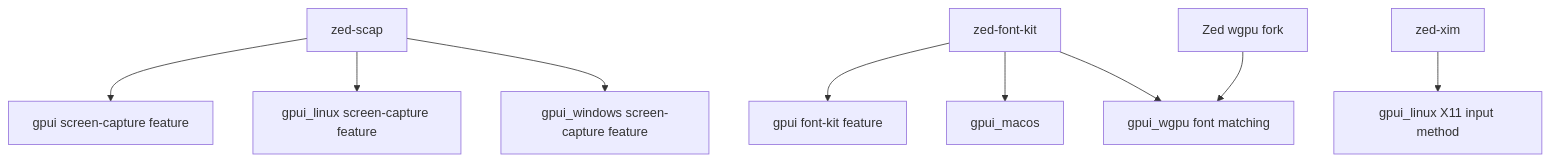
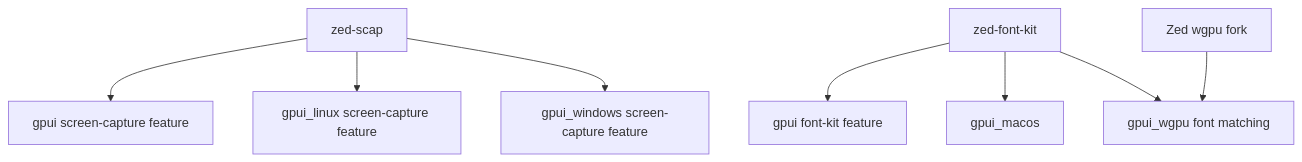
Before and after one commit to Latias94/open-gpui: the diagram in docs/imports/zed-fork-dependency-audit.md, drawn with Mermaid. The commit also changed other lines of this file and 5 other files, not shown here.

Commit message:
build(xim): replace zed fork with crates.io xim

````diff
--- a/docs/imports/zed-fork-dependency-audit.md
+++ b/docs/imports/zed-fork-dependency-audit.md
@@ -19,11 +19,10 @@
 ```mermaid
 flowchart TD
     Scap[zed-scap] --> Gpui[gpui screen-capture feature]
     Scap --> GpuiLinux[gpui_linux screen-capture feature]
     Scap --> GpuiWindows[gpui_windows screen-capture feature]
     FontKit[zed-font-kit] --> GpuiFont[gpui font-kit feature]
     FontKit --> GpuiMacos[gpui_macos]
     FontKit --> GpuiWgpu[gpui_wgpu font matching]
-    Xim[zed-xim] --> LinuxX11[gpui_linux X11 input method]
     Wgpu[Zed wgpu fork] --> GpuiWgpu
 ```
````
